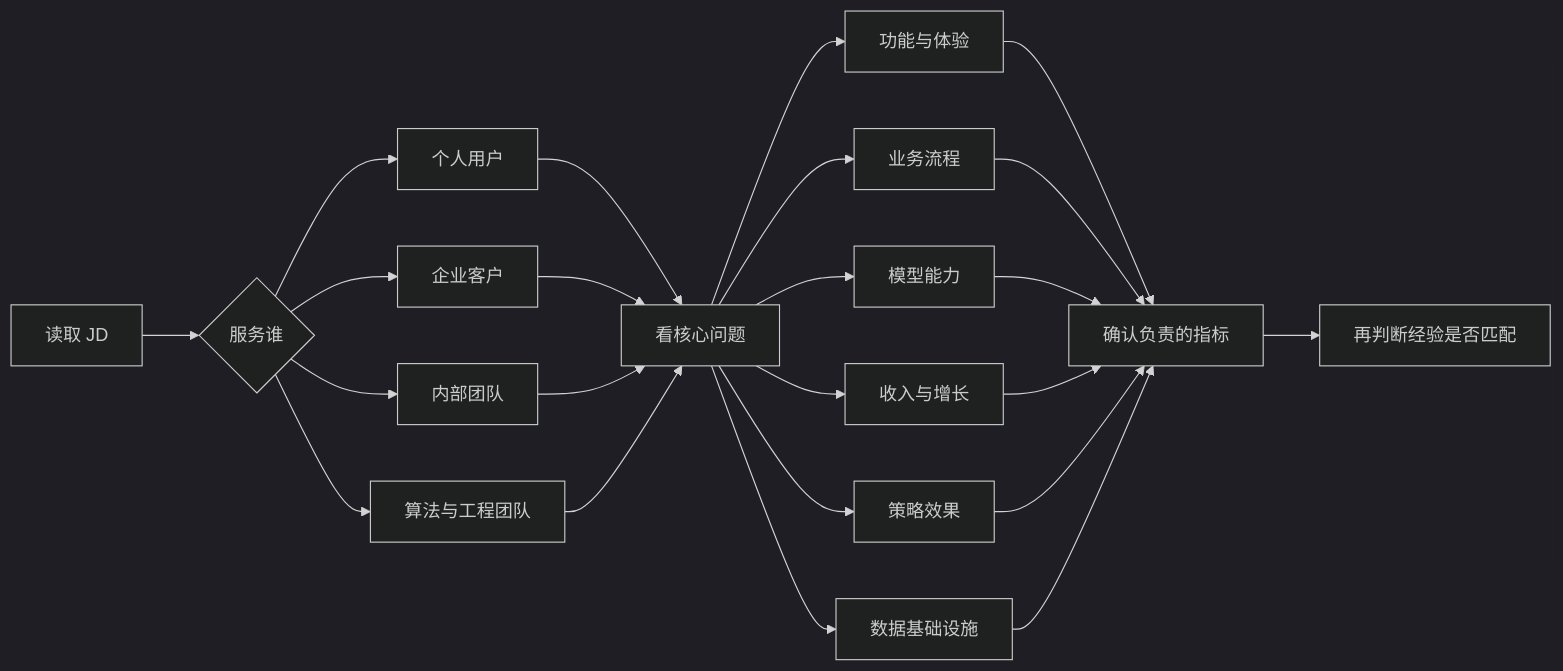
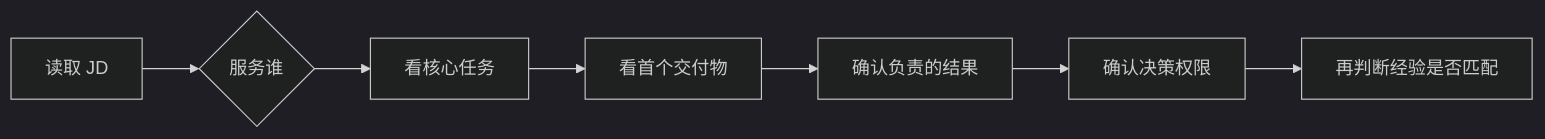
One commit to AI-PM-Wiki/AIPM changed the fourth of 4 diagrams in docs/intro/product-manager-types.md. Above: the diagram before and after it, drawn with Mermaid (dark theme). The commit also changed other lines of this file and 26 other files, not shown here.

````diff
--- a/docs/intro/product-manager-types.md
+++ b/docs/intro/product-manager-types.md
@@ -151,25 +173,9 @@
 ```mermaid
 flowchart LR
-    start[读取 JD] --> users{服务谁}
-    users --> individual[个人用户]
-    users --> enterprise[企业客户]
-    users --> internal[内部团队]
-    users --> tech_users[算法与工程团队]
-    individual --> problem[看核心问题]
-    enterprise --> problem
-    internal --> problem
-    tech_users --> problem
-    problem --> experience[功能与体验]
-    problem --> process[业务流程]
-    problem --> model_problem[模型能力]
-    problem --> growth[收入与增长]
-    problem --> strategy_problem[策略效果]
-    problem --> data_problem[数据基础设施]
-    experience --> metric[确认负责的指标]
-    process --> metric
-    model_problem --> metric
-    growth --> metric
-    strategy_problem --> metric
-    data_problem --> metric
-    metric --> decision[再判断经验是否匹配]
+    jd[读取 JD] --> users{服务谁}
+    users --> task[看核心任务]
+    task --> deliverable[看首个交付物]
+    deliverable --> result[确认负责的结果]
+    result --> authority[确认决策权限]
+    authority --> fit[再判断经验是否匹配]
 ```
````
